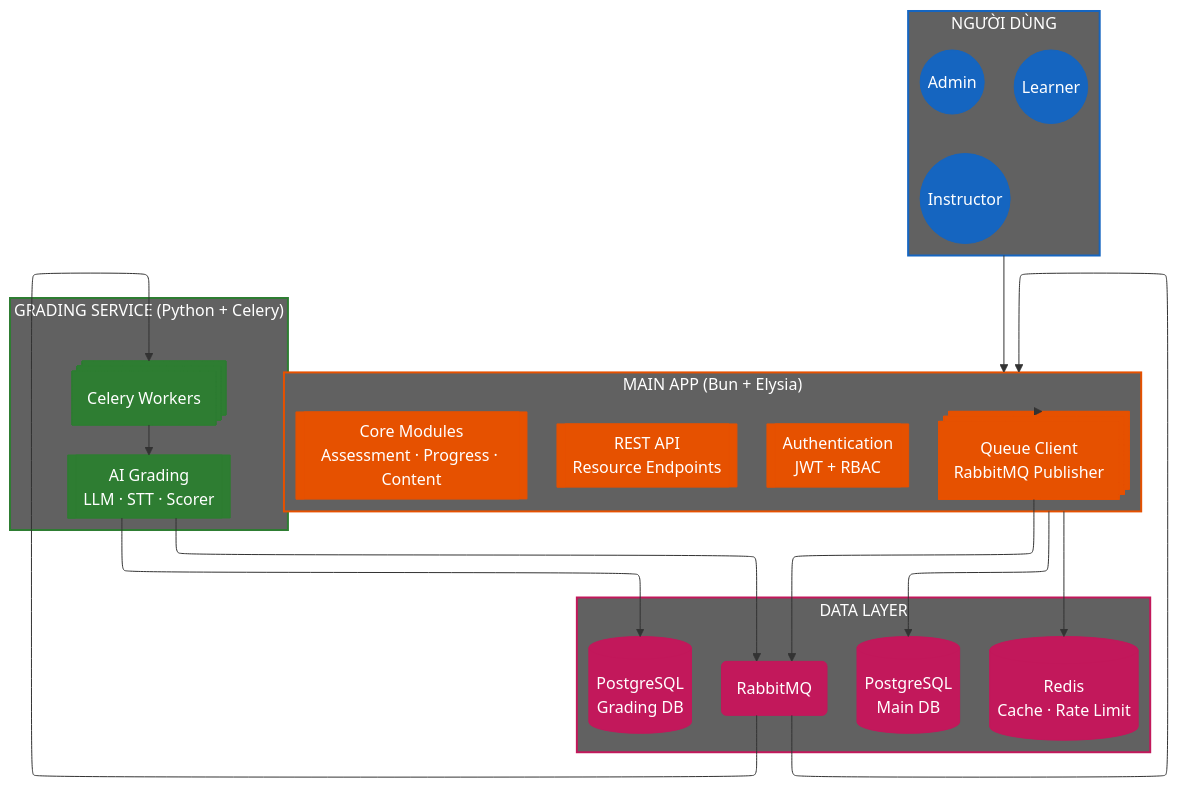
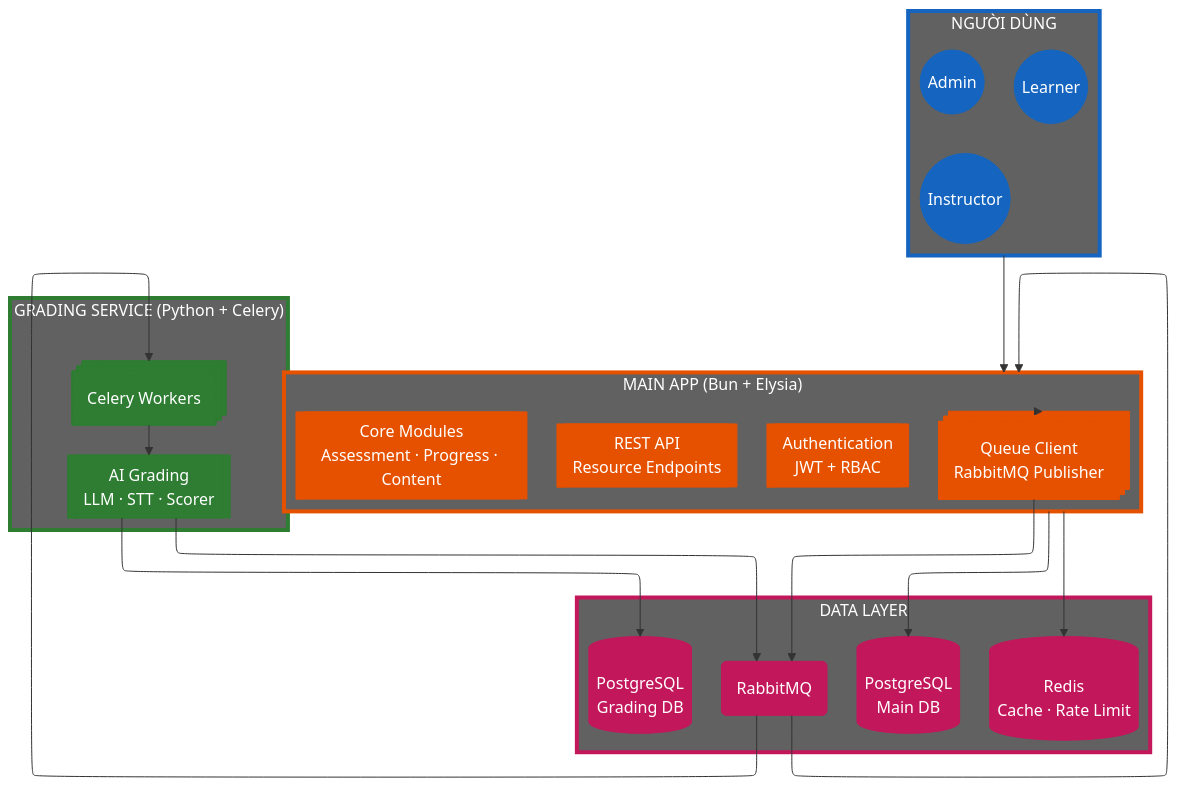
The first of 12 diagrams in docs/capstone/diagrams/flow-diagrams.vi.md (nghyane/VSTEP), drawn with Mermaid before and after one commit. The commit also changed other lines of this file, not shown here.

First line of the commit message:
fix(docs): increase box stroke width to 4px for better visibility

````diff
--- a/docs/capstone/diagrams/flow-diagrams.vi.md
+++ b/docs/capstone/diagrams/flow-diagrams.vi.md
@@ -9,69 +9,69 @@
 ```mermaid
 ---
 config:
   layout: elk
   theme: default
 ---
 flowchart TB
     subgraph Users["NGƯỜI DÙNG"]
         direction LR
         L@{ shape: circle, label: "Learner" }
         I@{ shape: circle, label: "Instructor" }
         A@{ shape: circle, label: "Admin" }
     end
 
     subgraph BunApp["MAIN APP (Bun + Elysia)"]
         direction TB
         Auth@{ shape: fr-rect, label: "Authentication\nJWT + RBAC" }
         API@{ shape: fr-rect, label: "REST API\nResource Endpoints" }
         Core@{ shape: fr-rect, label: "Core Modules\nAssessment · Progress · Content" }
         QueueClient@{ shape: st-rect, label: "Queue Client\nRabbitMQ Publisher" }
     end
 
     subgraph GradingService["GRADING SERVICE (Python + Celery)"]
         direction TB
         Worker@{ shape: st-rect, label: "Celery Workers" }
         Grader@{ shape: fr-rect, label: "AI Grading\nLLM · STT · Scorer" }
     end
 
     subgraph DataLayer["DATA LAYER"]
         direction LR
         MainDB@{ shape: cyl, label: "PostgreSQL\nMain DB" }
         GradingDB@{ shape: cyl, label: "PostgreSQL\nGrading DB" }
         MQ@{ shape: rounded, label: "RabbitMQ" }
         Redis@{ shape: cyl, label: "Redis\nCache · Rate Limit" }
     end
 
     Users --> BunApp
     BunApp --> MainDB
     BunApp --> Redis
     BunApp --> QueueClient
     QueueClient --> MQ
     MQ --> Worker
     Worker --> Grader
     Grader --> GradingDB
     Grader --> MQ
     MQ --> BunApp
 
     %% Nodes - solid fill
     classDef users fill:#1565c0,stroke:#1565c0,color:#fff
     classDef bun fill:#e65100,stroke:#e65100,color:#fff
     classDef python fill:#2e7d32,stroke:#2e7d32,color:#fff
     classDef data fill:#c2185b,stroke:#c2185b,color:#fff
 
     %% Subgraph boxes - mid-gray fill visible on both light/dark modes
-    classDef usersBox fill:#616161,stroke:#1565c0,stroke-width:2px,color:#fff
-    classDef bunBox fill:#616161,stroke:#e65100,stroke-width:2px,color:#fff
-    classDef pythonBox fill:#616161,stroke:#2e7d32,stroke-width:2px,color:#fff
-    classDef dataBox fill:#616161,stroke:#c2185b,stroke-width:2px,color:#fff
+    classDef usersBox fill:#616161,stroke:#1565c0,stroke-width:4px,color:#fff
+    classDef bunBox fill:#616161,stroke:#e65100,stroke-width:4px,color:#fff
+    classDef pythonBox fill:#616161,stroke:#2e7d32,stroke-width:4px,color:#fff
+    classDef dataBox fill:#616161,stroke:#c2185b,stroke-width:4px,color:#fff
 
     class Users usersBox
     class BunApp bunBox
     class GradingService pythonBox
     class DataLayer dataBox
 
     class L,I,A users
     class Auth,API,Core,QueueClient bun
     class Worker,Grader python
     class MainDB,GradingDB,MQ,Redis data
 ```
````
